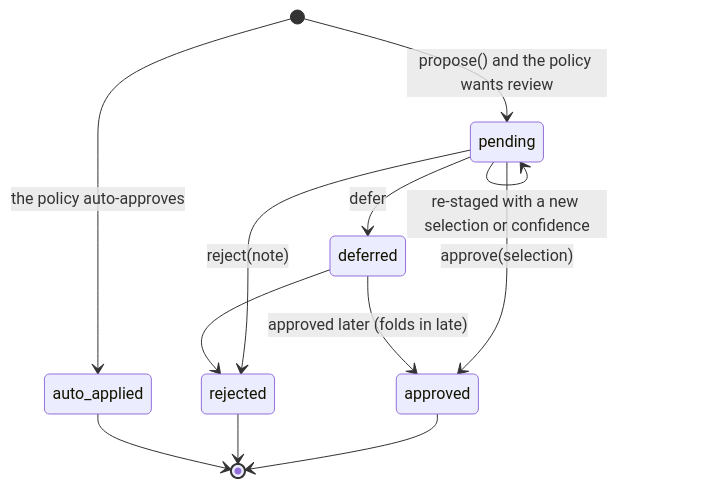
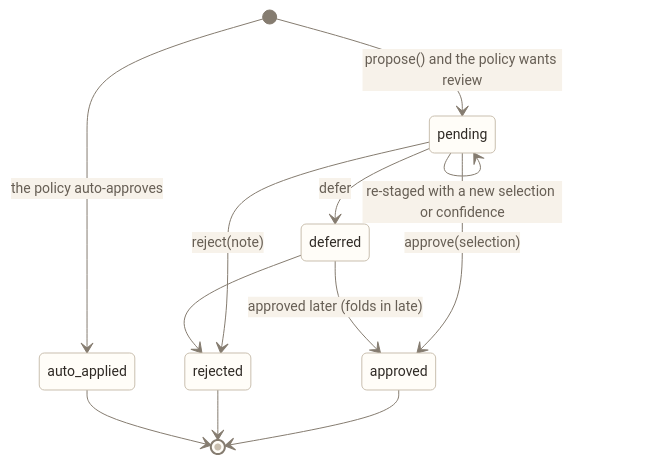
One commit to Axelrod-AI-Engineering/world-model changed the third of 3 diagrams in docs/design/modules/M13-services.md. Above: the diagram before and after it, drawn with Mermaid. The commit also changed other lines of this file and 17 other files, not shown here.

First line of the commit message:
Diagrams in the app's flowchart style, with the happy path in purple; leaner design docs

````diff
--- a/docs/design/modules/M13-services.md
+++ b/docs/design/modules/M13-services.md
@@ -97,14 +109,17 @@
 ```mermaid
+%% style: begin (scripts/docs/style_mermaid.py)
+%%{init: {"theme": "base", "themeVariables": {"fontSize": "14px", "primaryColor": "#FFFDF8", "primaryBorderColor": "#C9BFAF", "primaryTextColor": "#2F2A25", "lineColor": "#857C70", "textColor": "#2F2A25", "secondaryColor": "#F7F2EA", "tertiaryColor": "#FBF8F2", "transitionColor": "#857C70", "transitionLabelColor": "#665E54", "compositeBackground": "#F7F2EA"}}}%%
+%% style: end
 stateDiagram-v2
   [*] --> pending: propose() and the policy wants review
   [*] --> auto_applied: the policy auto-approves
   pending --> pending: re-staged with a new selection or confidence
   pending --> approved: approve(selection)
   pending --> rejected: reject(note)
   pending --> deferred: defer
   deferred --> approved: approved later (folds in late)
   deferred --> rejected
   approved --> [*]
   rejected --> [*]
   auto_applied --> [*]
 ```
````
